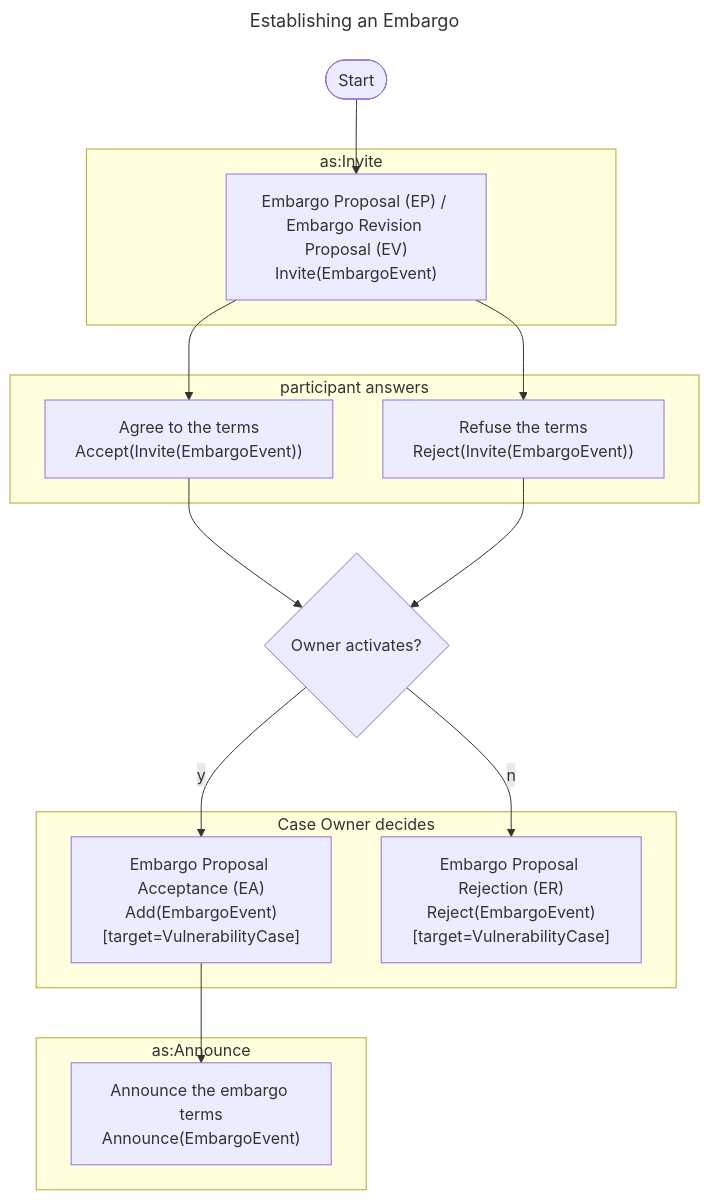
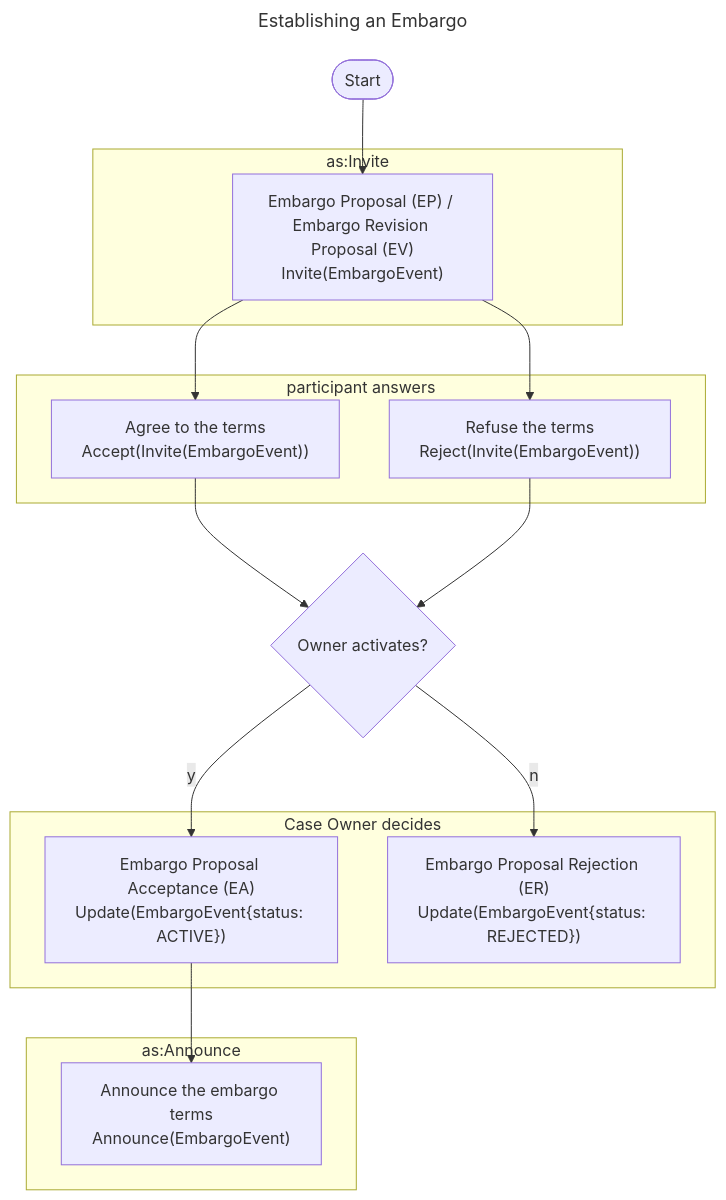
The diagram in docs/howto/activitypub/activities/establish_embargo.md (CERTCC/Vultron), drawn with Mermaid before and after one commit. The commit also changed other lines of this file and 145 other files, not shown here.

First line of the commit message:
feat(embargo): the Case Owner decides a proposal with its own Update of the embargo's status

````diff
--- a/docs/howto/activitypub/activities/establish_embargo.md
+++ b/docs/howto/activitypub/activities/establish_embargo.md
@@ -41,28 +41,28 @@
 ```mermaid
 ---
 title: Establishing an Embargo
 ---
 flowchart TB
     subgraph as:Invite
         EmProposeEmbargo["Embargo Proposal (EP) / Embargo Revision Proposal (EV)<br/>Invite(EmbargoEvent)"]
     end
     subgraph participant answers
         EmAcceptEmbargo["Agree to the terms<br/>Accept(Invite(EmbargoEvent))"]
         EmRejectEmbargo["Refuse the terms<br/>Reject(Invite(EmbargoEvent))"]
     end
     subgraph Case Owner decides
-        ActivateEmbargo["Embargo Proposal Acceptance (EA)<br/>Add(EmbargoEvent)[target=VulnerabilityCase]"]
-        RejectEmbargoProposal["Embargo Proposal Rejection (ER)<br/>Reject(EmbargoEvent)[target=VulnerabilityCase]"]
+        ActivateEmbargo["Embargo Proposal Acceptance (EA)<br/>Update(EmbargoEvent{status: ACTIVE})"]
+        RejectEmbargoProposal["Embargo Proposal Rejection (ER)<br/>Update(EmbargoEvent{status: REJECTED})"]
     end
     subgraph as:Announce
         AnnounceEmbargo["Announce the embargo terms<br/>Announce(EmbargoEvent)"]
     end
     start([Start]) --> EmProposeEmbargo
     EmProposeEmbargo --> EmAcceptEmbargo
     EmProposeEmbargo --> EmRejectEmbargo
     EmAcceptEmbargo --> d{Owner activates?}
     EmRejectEmbargo --> d
     d -->|y| ActivateEmbargo
     d -->|n| RejectEmbargoProposal
     ActivateEmbargo --> AnnounceEmbargo
 ```
````
